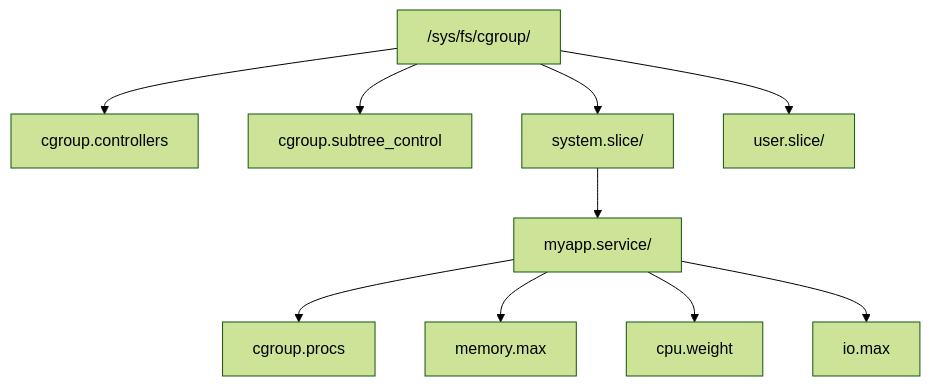
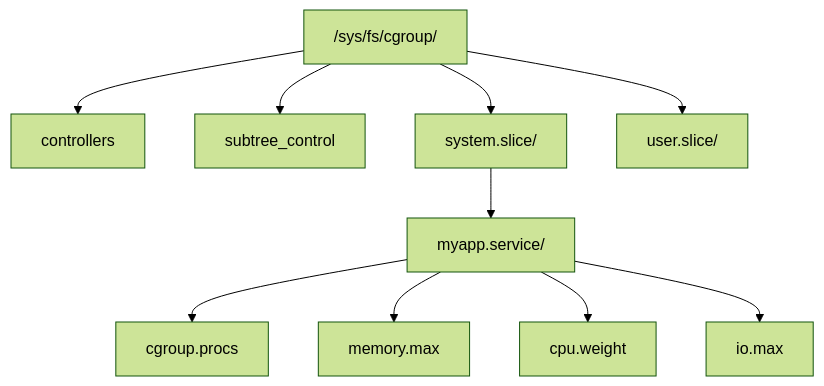
One commit to moonblueblue/devops-wiki changed the second of 2 diagrams in content/linux/process-isolation/cgroups.md. Above: the diagram before and after it, drawn with Mermaid (forest theme). The commit also changed 4 other files, not shown here.

First line of the commit message:
style: process-isolation 섹션 Mermaid 노드 라벨 규칙 적용

````diff
--- a/content/linux/process-isolation/cgroups.md
+++ b/content/linux/process-isolation/cgroups.md
@@ -62,13 +62,13 @@
 ```mermaid
 graph TD
     ROOT["/sys/fs/cgroup/"]
-    ROOT --> CC["cgroup.controllers"]
-    ROOT --> CSC["cgroup.subtree_control"]
+    ROOT --> CC["controllers"]
+    ROOT --> CSC["subtree_control"]
     ROOT --> SYS["system.slice/"]
     ROOT --> USR["user.slice/"]
     SYS --> SVC["myapp.service/"]
     SVC --> PROCS["cgroup.procs"]
     SVC --> MEMMAX["memory.max"]
     SVC --> CPUW["cpu.weight"]
     SVC --> IOMAX["io.max"]
 ```
````
